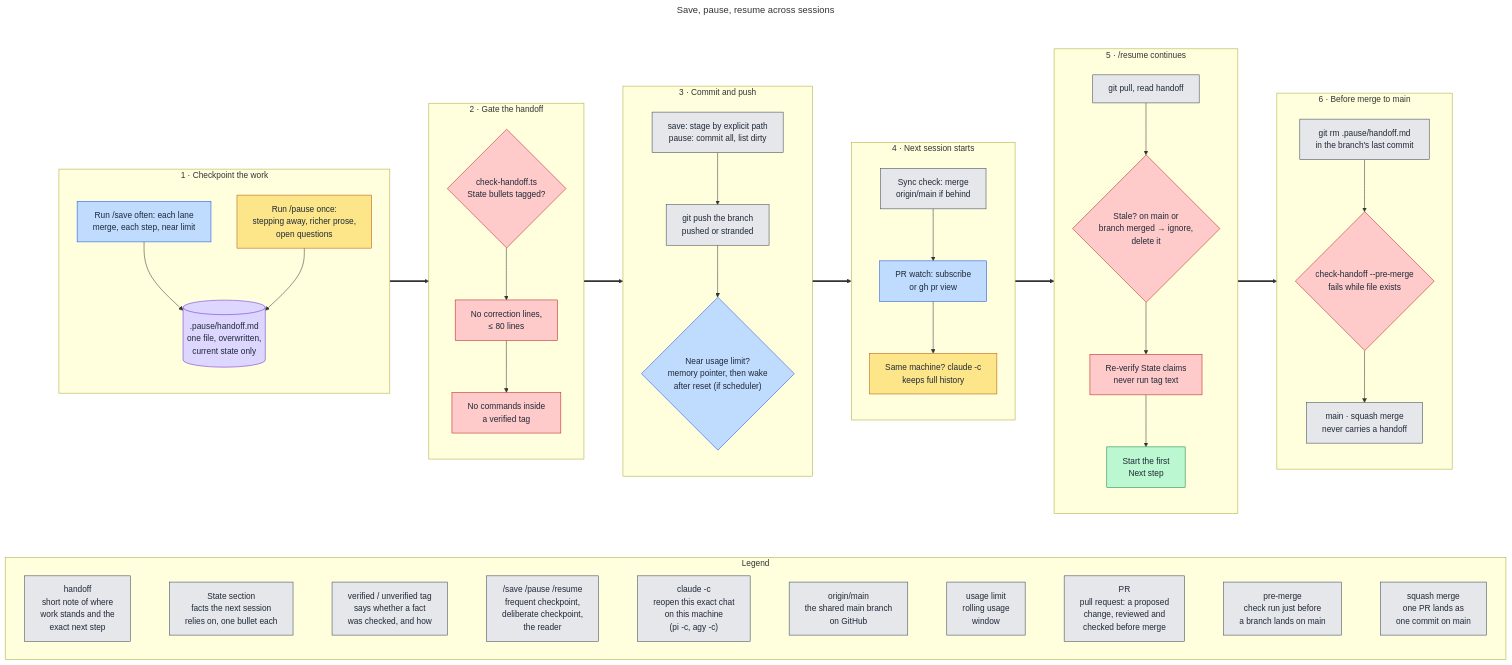
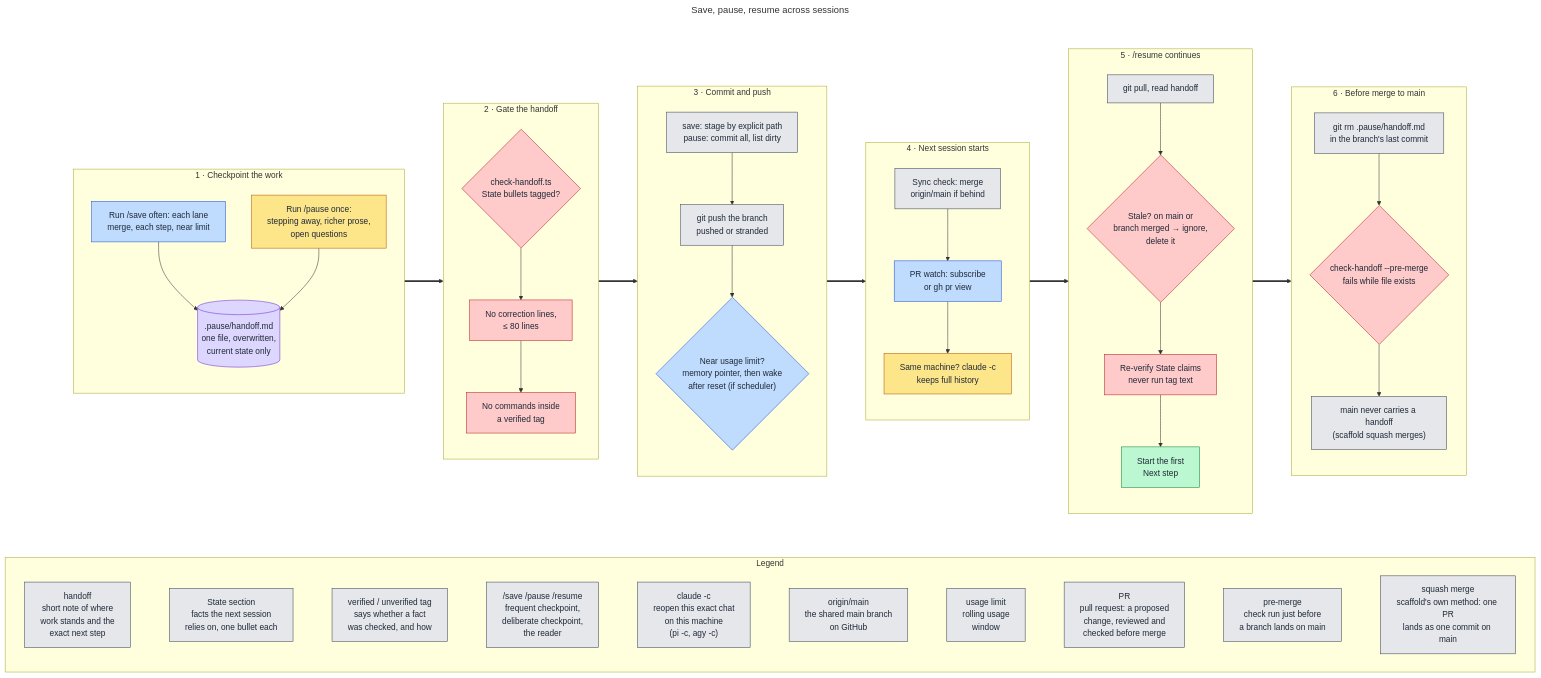
The diagram in docs/diagrams/src/session-continuity.mmd (victusfate/scaffold), drawn with Mermaid before and after one commit. The commit also changed 7 other files, not shown here.

Commit message:
docs(diagrams): correct loop-tick, session-continuity, scaffold-sync, add-linter against their sources

```diff
--- a/docs/diagrams/src/session-continuity.mmd
+++ b/docs/diagrams/src/session-continuity.mmd
@@ -1,87 +1,87 @@
 ---
 title: Save, pause, resume across sessions
 ---
 flowchart TB
   classDef owner fill:#fde68a,stroke:#b45309,color:#1f2937
   classDef orch fill:#bfdbfe,stroke:#1d4ed8,color:#1f2937
   classDef state fill:#ddd6fe,stroke:#6d28d9,color:#1f2937
   classDef lane fill:#bbf7d0,stroke:#15803d,color:#1f2937
   classDef git fill:#e5e7eb,stroke:#374151,color:#1f2937
   classDef gate fill:#fecaca,stroke:#b91c1c,color:#1f2937
 
   %% Edges run between stage subgraphs (not inner nodes) so each stage keeps
   %% its own top-to-bottom direction and the whole image stays landscape.
 
   subgraph FLOW[" "]
   direction LR
 
   subgraph CHECK["1 · Checkpoint the work"]
     direction TB
     S1["Run /save often: each lane<br/>merge, each step, near limit"]:::orch
     S2["Run /pause once:<br/>stepping away, richer prose,<br/>open questions"]:::owner
     S3[(".pause/handoff.md<br/>one file, overwritten,<br/>current state only")]:::state
     S1 --> S3
     S2 --> S3
   end
 
   subgraph GATE["2 · Gate the handoff"]
     direction TB
     G1{"check-handoff.ts<br/>State bullets tagged?"}:::gate
     G2["No correction lines,<br/>≤ 80 lines"]:::gate
     G3["No commands inside<br/>a verified tag"]:::gate
     G1 --> G2 --> G3
   end
 
   subgraph PUSH["3 · Commit and push"]
     direction TB
     P1["save: stage by explicit path<br/>pause: commit all, list dirty"]:::git
     P2["git push the branch<br/>pushed or stranded"]:::git
     P3{"Near usage limit?<br/>memory pointer, then wake<br/>after reset (if scheduler)"}:::orch
     P1 --> P2 --> P3
   end
 
   subgraph START["4 · Next session starts"]
     direction TB
     N1["Sync check: merge<br/>origin/main if behind"]:::git
     N2["PR watch: subscribe<br/>or gh pr view"]:::orch
     N3["Same machine? claude -c<br/>keeps full history"]:::owner
     N1 --> N2 --> N3
   end
 
   subgraph RESUME["5 · /resume continues"]
     direction TB
     R1["git pull, read handoff"]:::git
     R2{"Stale? on main or<br/>branch merged → ignore,<br/>delete it"}:::gate
     R3["Re-verify State claims<br/>never run tag text"]:::gate
     R4["Start the first<br/>Next step"]:::lane
     R1 --> R2 --> R3 --> R4
   end
 
   subgraph MERGE["6 · Before merge to main"]
     direction TB
     M1["git rm .pause/handoff.md<br/>in the branch's last commit"]:::git
     M2{"check-handoff --pre-merge<br/>fails while file exists"}:::gate
-    M3["main · squash merge<br/>never carries a handoff"]:::git
+    M3["main never carries a handoff<br/>(scaffold squash merges)"]:::git
     M1 --> M2 --> M3
   end
 
   CHECK ==> GATE ==> PUSH ==> START ==> RESUME ==> MERGE
   end
   style FLOW fill:none,stroke:none
 
   subgraph LEGEND["Legend"]
     direction LR
     L1["handoff<br/>short note of where<br/>work stands and the<br/>exact next step"]:::git
     L2["State section<br/>facts the next session<br/>relies on, one bullet each"]:::git
     L3["verified / unverified tag<br/>says whether a fact<br/>was checked, and how"]:::git
     L4["/save /pause /resume<br/>frequent checkpoint,<br/>deliberate checkpoint,<br/>the reader"]:::git
     L5["claude -c<br/>reopen this exact chat<br/>on this machine<br/>(pi -c, agy -c)"]:::git
     L6["origin/main<br/>the shared main branch<br/>on GitHub"]:::git
     L7["usage limit<br/>rolling usage<br/>window"]:::git
     L8["PR<br/>pull request: a proposed<br/>change, reviewed and<br/>checked before merge"]:::git
     L9["pre-merge<br/>check run just before<br/>a branch lands on main"]:::git
-    L10["squash merge<br/>one PR lands as<br/>one commit on main"]:::git
+    L10["squash merge<br/>scaffold's own method: one PR<br/>lands as one commit on main"]:::git
     L1 ~~~ L2 ~~~ L3 ~~~ L4 ~~~ L5 ~~~ L6 ~~~ L7 ~~~ L8 ~~~ L9 ~~~ L10
   end
 
   FLOW ~~~ LEGEND
```
